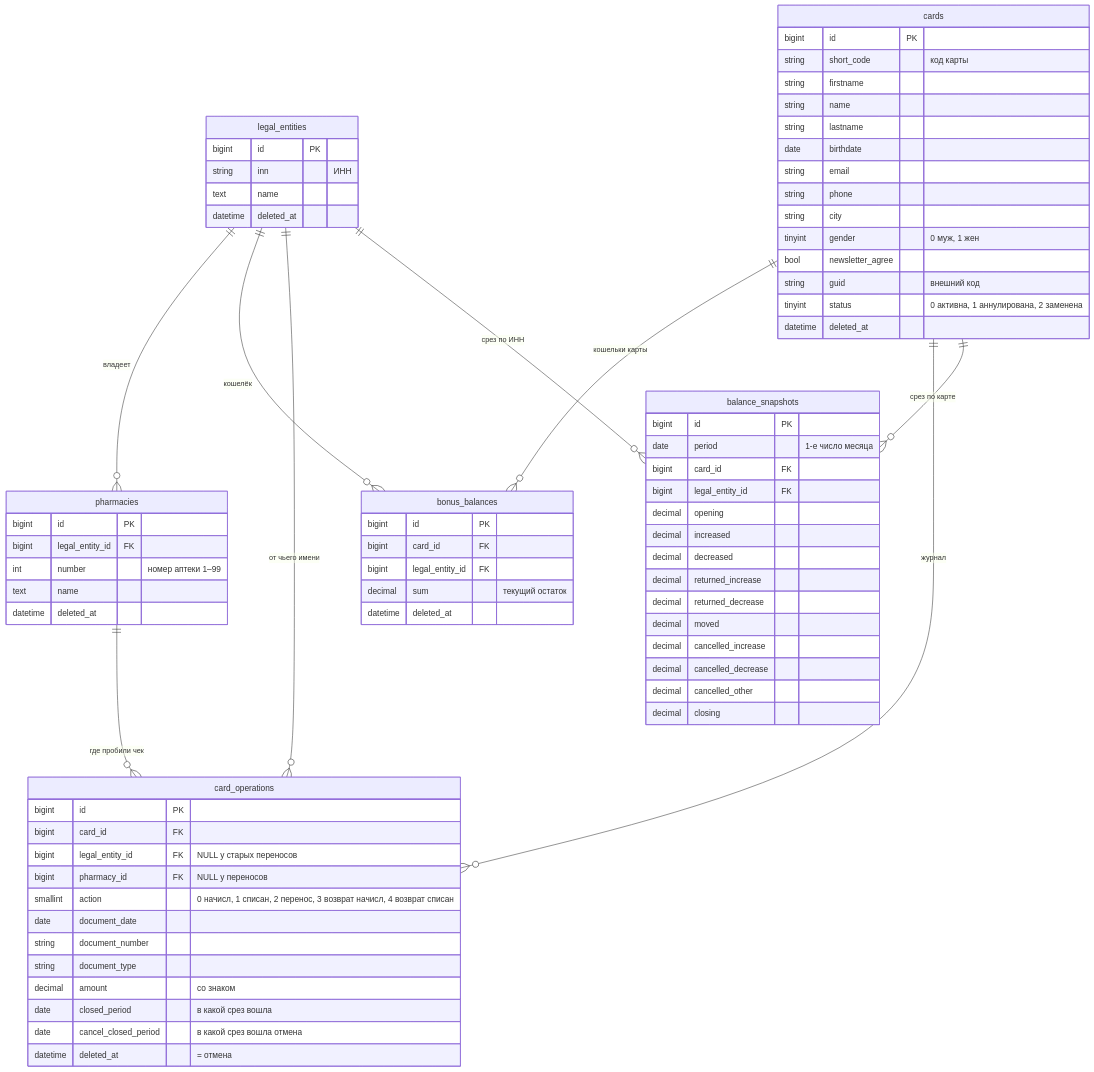
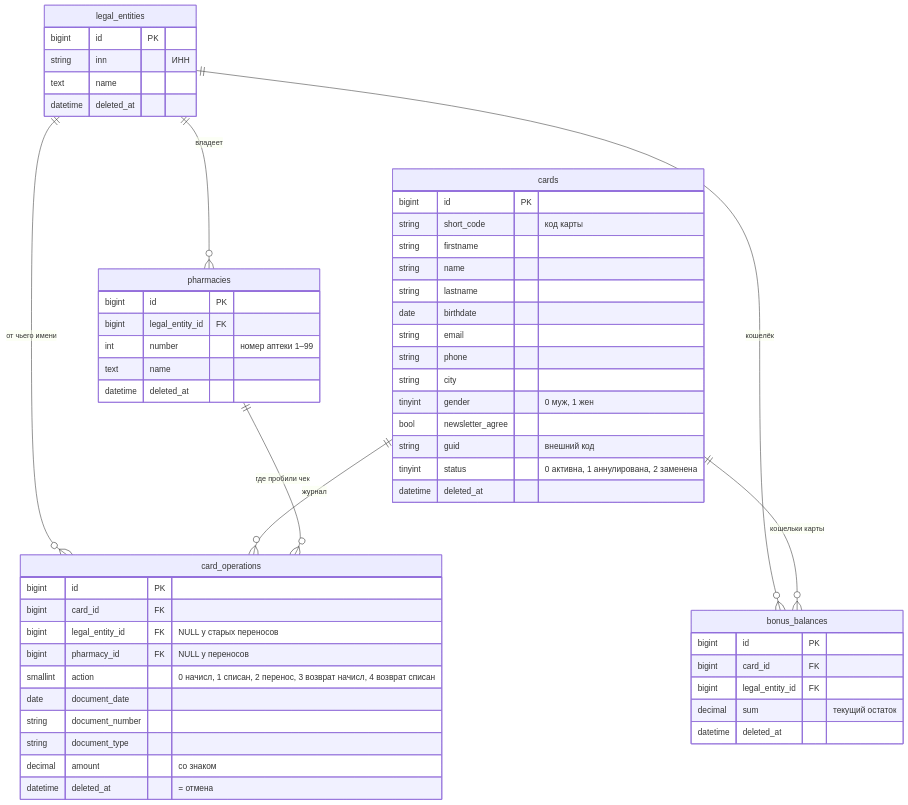
The first of 2 diagrams in docs/15-shema-bazy-dannyh.md (maltcevrg/apteka_api), drawn with Mermaid before and after one commit. The commit also changed other lines of this file and 16 other files, not shown here.

Commit message:
Удалены срезы остатков (balance_snapshots, bonus:close-month) и их документация

````diff
--- a/docs/15-shema-bazy-dannyh.md
+++ b/docs/15-shema-bazy-dannyh.md
@@ -7,80 +7,60 @@
 ```mermaid
 erDiagram
     legal_entities ||--o{ pharmacies : "владеет"
     legal_entities ||--o{ bonus_balances : "кошелёк"
     legal_entities ||--o{ card_operations : "от чьего имени"
-    legal_entities ||--o{ balance_snapshots : "срез по ИНН"
 
     cards ||--o{ bonus_balances : "кошельки карты"
     cards ||--o{ card_operations : "журнал"
-    cards ||--o{ balance_snapshots : "срез по карте"
 
     pharmacies ||--o{ card_operations : "где пробили чек"
 
     legal_entities {
         bigint id PK
         string inn "ИНН"
         text name
         datetime deleted_at
     }
     pharmacies {
         bigint id PK
         bigint legal_entity_id FK
         int number "номер аптеки 1–99"
         text name
         datetime deleted_at
     }
     cards {
         bigint id PK
         string short_code "код карты"
         string firstname
         string name
         string lastname
         date birthdate
         string email
         string phone
         string city
         tinyint gender "0 муж, 1 жен"
         bool newsletter_agree
         string guid "внешний код"
         tinyint status "0 активна, 1 аннулирована, 2 заменена"
         datetime deleted_at
     }
     bonus_balances {
         bigint id PK
         bigint card_id FK
         bigint legal_entity_id FK
         decimal sum "текущий остаток"
         datetime deleted_at
     }
     card_operations {
         bigint id PK
         bigint card_id FK
         bigint legal_entity_id FK "NULL у старых переносов"
         bigint pharmacy_id FK "NULL у переносов"
         smallint action "0 начисл, 1 списан, 2 перенос, 3 возврат начисл, 4 возврат списан"
         date document_date
         string document_number
         string document_type
         decimal amount "со знаком"
-        date closed_period "в какой срез вошла"
-        date cancel_closed_period "в какой срез вошла отмена"
         datetime deleted_at "= отмена"
     }
-    balance_snapshots {
-        bigint id PK
-        date period "1-е число месяца"
-        bigint card_id FK
-        bigint legal_entity_id FK
-        decimal opening
-        decimal increased
-        decimal decreased
-        decimal returned_increase
-        decimal returned_decrease
-        decimal moved
-        decimal cancelled_increase
-        decimal cancelled_decrease
-        decimal cancelled_other
-        decimal closing
-    }
 ```
````
